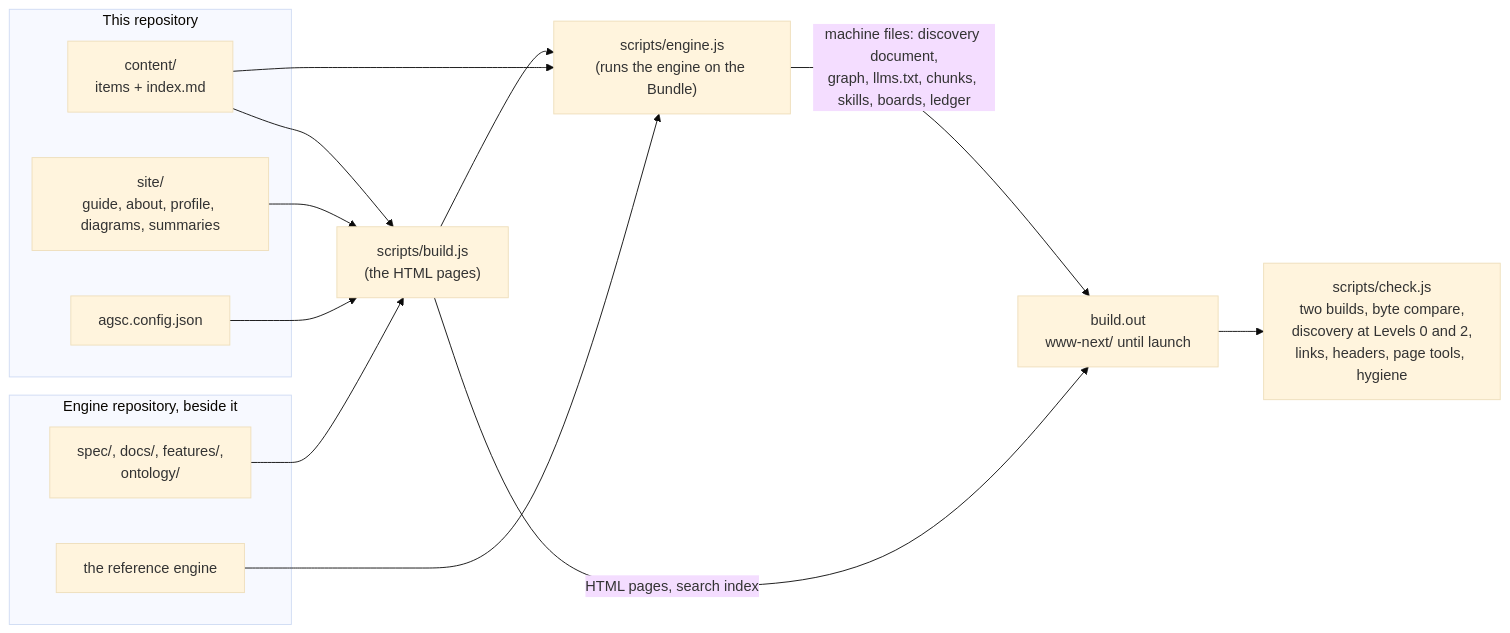
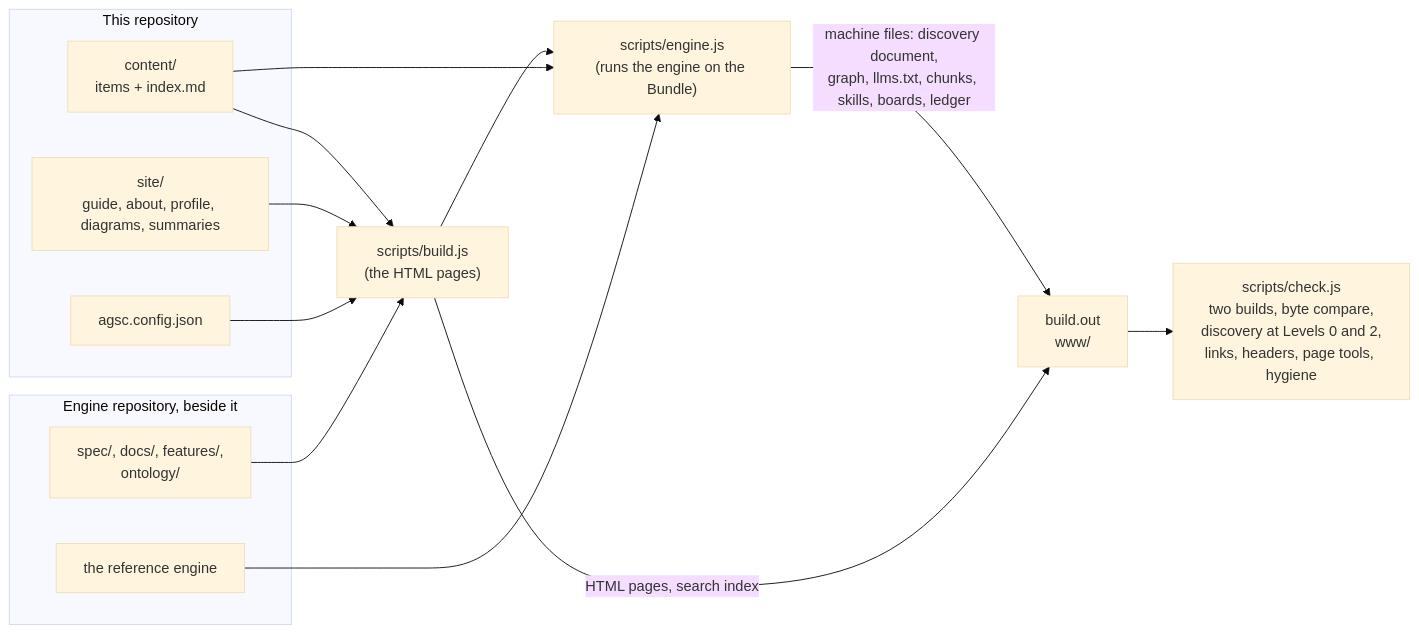
One commit to andreibesleaga/AgenticSystemCore.com changed the diagram in docs/BUILD.md. Above: the diagram before and after it, drawn with Mermaid (base theme). The commit also changed 173 other files, not shown here.

Commit message:
Live-site fixes: draft is an individual Internet-Draft; papers line; one header block per address; /exports/ is a page; favicon; sustainability report as a build input; www-next removed

````diff
--- a/docs/BUILD.md
+++ b/docs/BUILD.md
@@ -15,26 +15,26 @@
 ```mermaid
 flowchart LR
   subgraph REPO["This repository"]
     C["content/<br/>items + index.md"]
     S["site/<br/>guide, about, profile, diagrams, summaries"]
     CFG["agsc.config.json"]
   end
   subgraph ENG["Engine repository, beside it"]
     SP["spec/, docs/, features/,<br/>ontology/"]
     E["the reference engine"]
   end
   B["scripts/build.js<br/>(the HTML pages)"]
   X["scripts/engine.js<br/>(runs the engine on the Bundle)"]
-  OUT["build.out<br/>www-next/ until launch"]
+  OUT["build.out<br/>www/"]
   CHK["scripts/check.js<br/>two builds, byte compare,<br/>discovery at Levels 0 and 2,<br/>links, headers, page tools, hygiene"]
   C --> B
   S --> B
   CFG --> B
   SP --> B
   B --> X
   C --> X
   E --> X
   X -->|"machine files: discovery document,<br/>graph, llms.txt, chunks, skills, boards, ledger"| OUT
   B -->|"HTML pages, search index"| OUT
   OUT --> CHK
 ```
````
